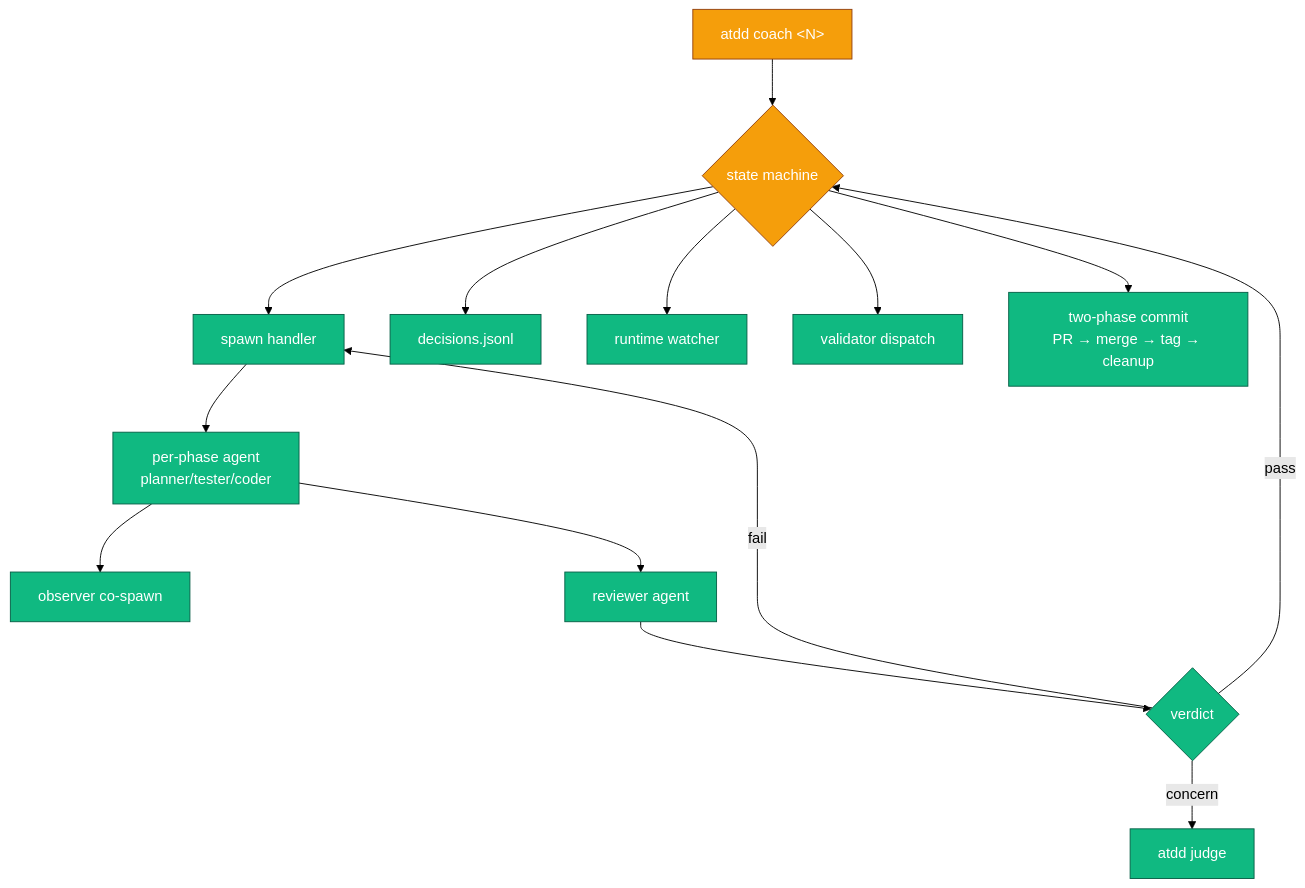
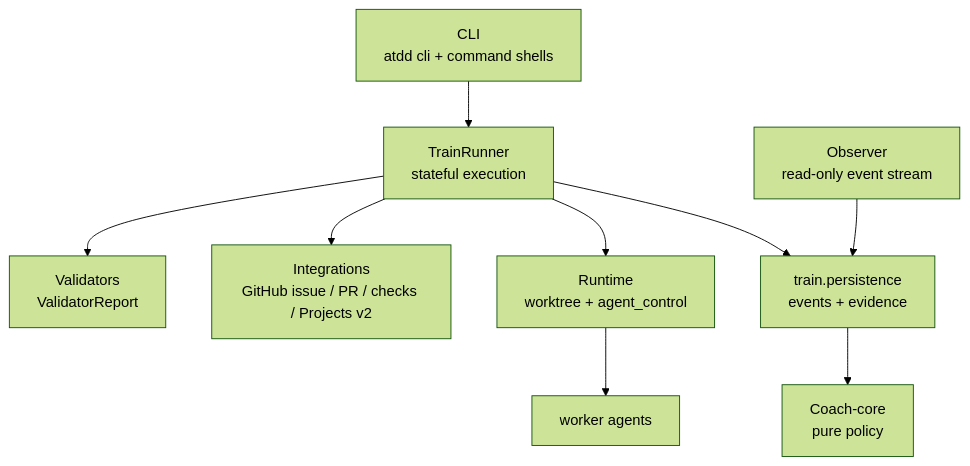
Before and after one commit to afokapu/atdd: the third of 4 diagrams in README.md, drawn with Mermaid (forest theme). The commit also changed other lines of this file, not shown here.

First line of the commit message:
docs(readme): redefine ATDD as Agentic Train Driven Development

````diff
--- a/README.md
+++ b/README.md
@@ -89,20 +378,11 @@
 ```mermaid
 flowchart TB
-    coach["atdd coach &lt;N&gt;"] --> SM{state machine}
-    SM --> SP[spawn handler]
-    SM --> DEC[decisions.jsonl]
-    SM --> WATCH[runtime watcher]
-    SM --> VAL[validator dispatch]
-    SP --> AGENT[per-phase agent<br/>planner/tester/coder]
-    AGENT --> OBS[observer co-spawn]
-    AGENT --> REV[reviewer agent]
-    REV --> JUDGE{verdict}
-    JUDGE -->|pass| SM
-    JUDGE -->|concern| ATDDJUDGE[atdd judge]
-    JUDGE -->|fail| SP
-    SM --> TPC[two-phase commit<br/>PR → merge → tag → cleanup]
-    classDef shipped fill:#10b981,color:#fff,stroke:#065f46
-    classDef wip fill:#f59e0b,color:#fff,stroke:#92400e
-    class AGENT,OBS,REV,JUDGE,ATDDJUDGE,TPC,DEC,WATCH,VAL,SP shipped
-    class SM,coach wip
+    CLI[CLI<br/>atdd cli + command shells] --> TR[TrainRunner<br/>stateful execution]
+    TR --> PERSIST[train.persistence<br/>events + evidence]
+    PERSIST --> CORE[Coach-core<br/>pure policy]
+    TR --> RUNTIME[Runtime<br/>worktree + agent_control]
+    TR --> GH[Integrations<br/>GitHub issue / PR / checks / Projects v2]
+    TR --> VAL[Validators<br/>ValidatorReport]
+    OBS[Observer<br/>read-only event stream] --> PERSIST
+    RUNTIME --> AGENT[worker agents]
 ```
````
